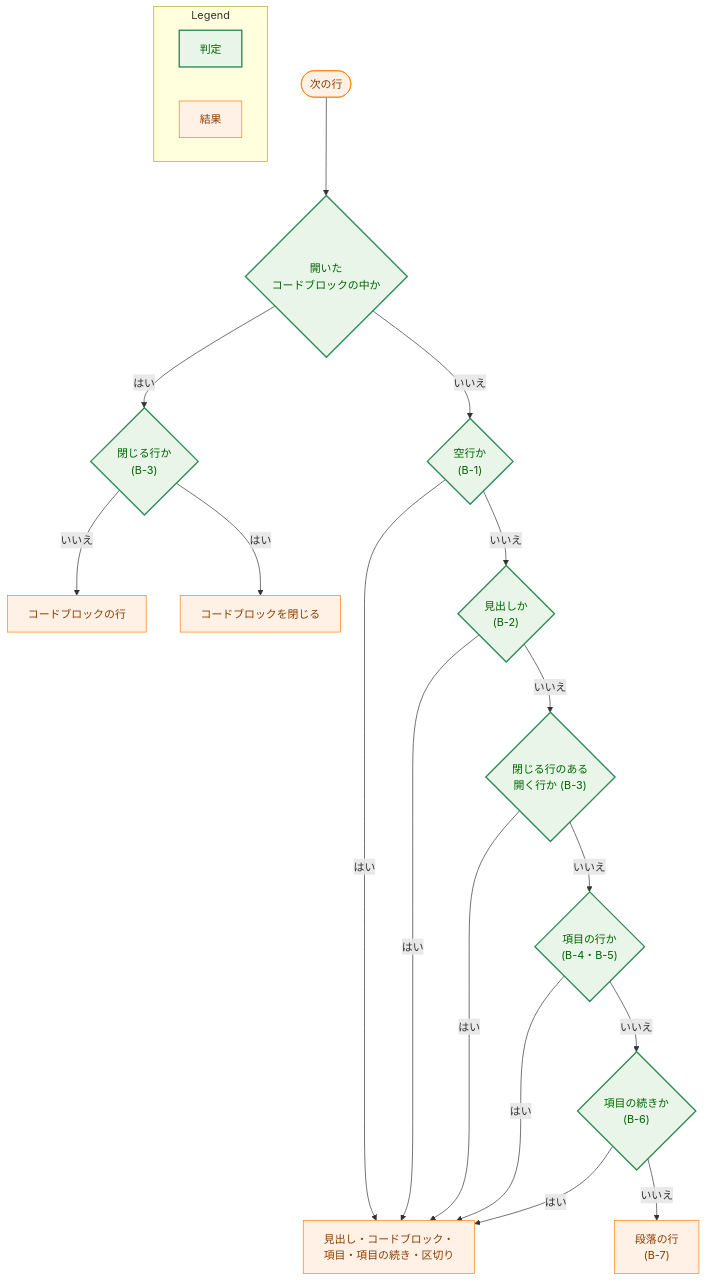
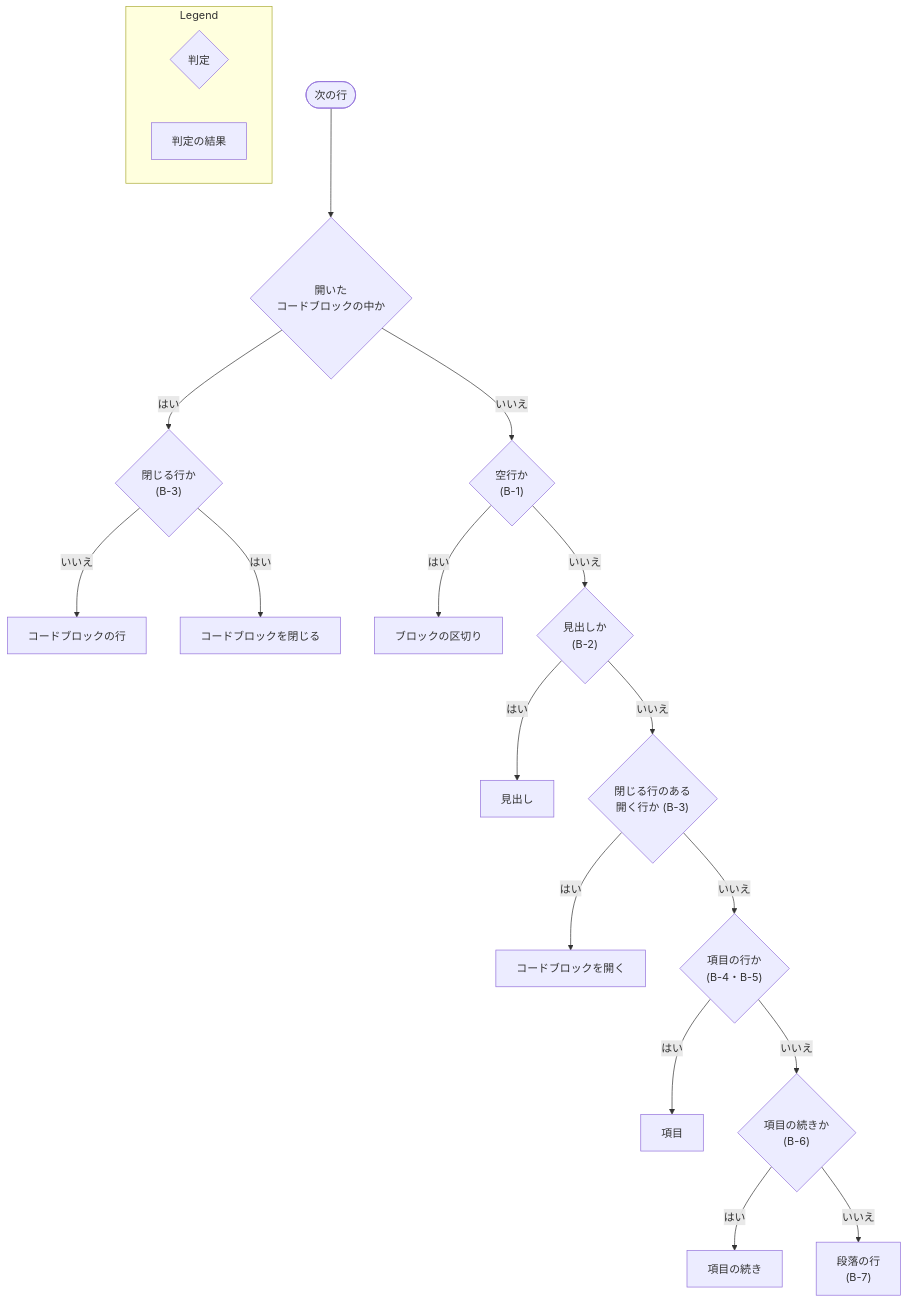
Before and after one commit to isseis/yt2column: the sixth of 7 diagrams in docs/tasks/0063_viewer_markdown/02_architecture.md, drawn with Mermaid. The commit also changed other lines of this file, not shown here.

First line of the commit message:
docs(0063): address review findings on the viewer Markdown architecture

````diff
--- a/docs/tasks/0063_viewer_markdown/02_architecture.md
+++ b/docs/tasks/0063_viewer_markdown/02_architecture.md
@@ -487,44 +550,40 @@
 ```mermaid
 flowchart TD
-    classDef process fill:#fff1e6,stroke:#ff7f0e,stroke-width:1px,color:#8a3e00;
-    classDef enhanced fill:#e8f5e8,stroke:#2e8b57,stroke-width:2px,color:#006400;
-
     START(["次の行"])
     INCODE{"開いた<br>コードブロックの中か"}
     CLOSE{"閉じる行か<br>(B-3)"}
     CODELINE["コードブロックの行"]
     ENDCODE["コードブロックを閉じる"]
     B1{"空行か<br>(B-1)"}
+    SEP["ブロックの区切り"]
     B2{"見出しか<br>(B-2)"}
+    HEAD["見出し"]
     B3{"閉じる行のある<br>開く行か (B-3)"}
+    OPEN["コードブロックを開く"]
     B45{"項目の行か<br>(B-4・B-5)"}
+    ITEM["項目"]
     B6{"項目の続きか<br>(B-6)"}
+    CONT["項目の続き"]
     B7["段落の行<br>(B-7)"]
-    BLOCK["見出し・コードブロック・<br>項目・項目の続き・区切り"]
 
     START --> INCODE
     INCODE -->|"はい"| CLOSE
     CLOSE -->|"はい"| ENDCODE
     CLOSE -->|"いいえ"| CODELINE
     INCODE -->|"いいえ"| B1
-    B1 -->|"はい"| BLOCK
+    B1 -->|"はい"| SEP
     B1 -->|"いいえ"| B2
-    B2 -->|"はい"| BLOCK
+    B2 -->|"はい"| HEAD
     B2 -->|"いいえ"| B3
-    B3 -->|"はい"| BLOCK
+    B3 -->|"はい"| OPEN
     B3 -->|"いいえ"| B45
-    B45 -->|"はい"| BLOCK
+    B45 -->|"はい"| ITEM
     B45 -->|"いいえ"| B6
-    B6 -->|"はい"| BLOCK
+    B6 -->|"はい"| CONT
     B6 -->|"いいえ"| B7
 
-    class INCODE,CLOSE,B1,B2,B3,B45,B6 enhanced
-    class START,CODELINE,ENDCODE,B7,BLOCK process
-
     subgraph Legend["Legend"]
-        L1["判定"]
-        L2["結果"]
+        L1{"判定"}
+        L2["判定の結果"]
     end
-    class L1 enhanced
-    class L2 process
 ```
````
